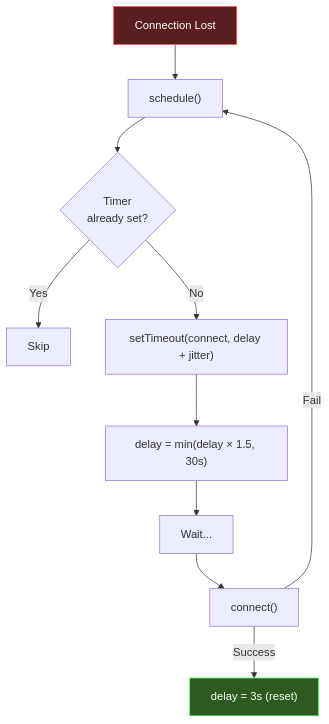
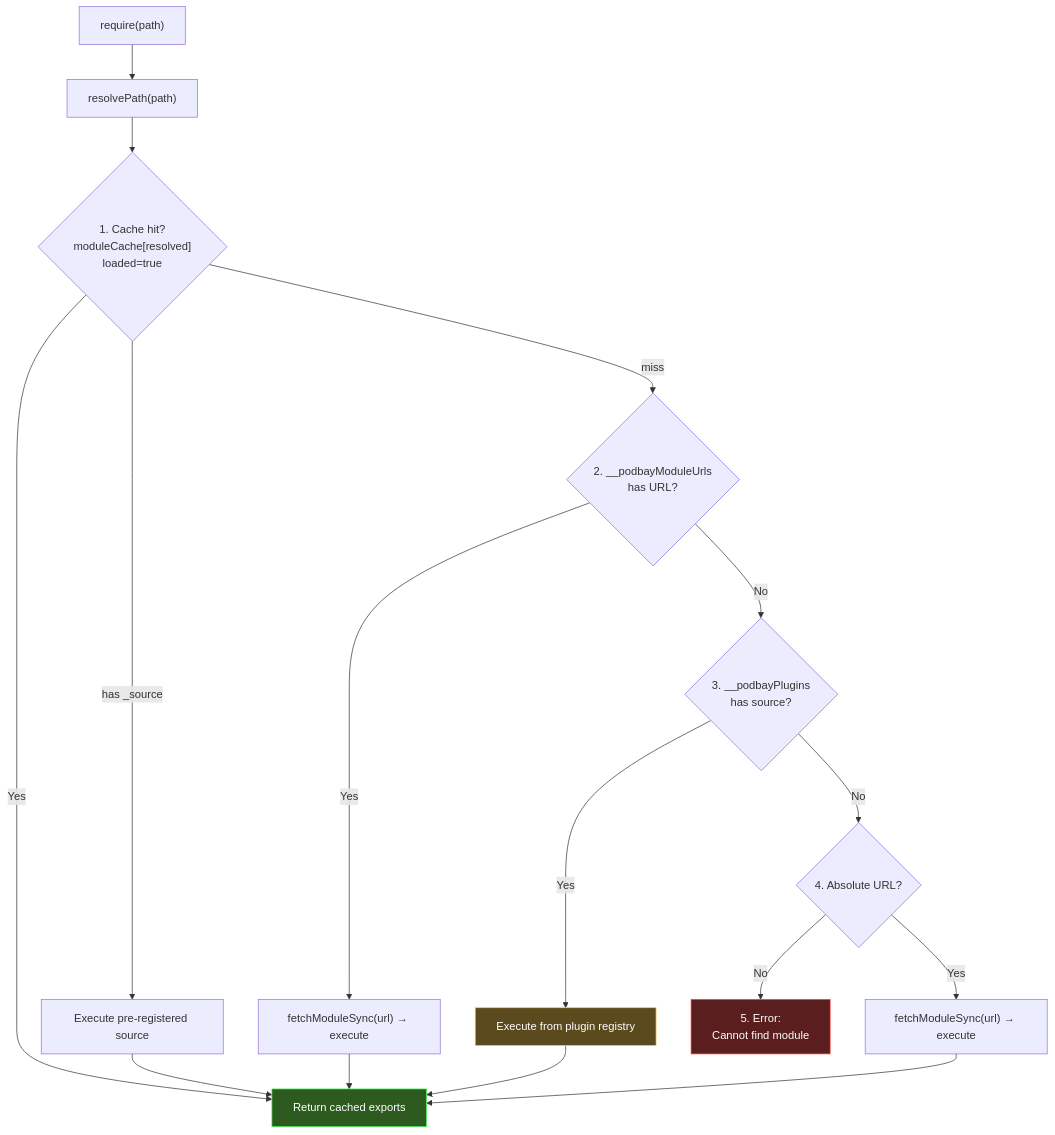
One commit to jerroldneal/podbay changed the third of 9 diagrams in lib/docs/bootstrap.md. Above: the diagram before and after it, drawn with Mermaid. The commit also changed other lines of this file and 110 other files, not shown here.

````diff
--- a/lib/docs/bootstrap.md
+++ b/lib/docs/bootstrap.md
@@ -126,15 +86,23 @@
 ```mermaid
 flowchart TD
-    A[Connection Lost] --> B["schedule()"]
-    B --> C{"Timer<br/>already set?"}
-    C -->|Yes| D[Skip]
-    C -->|No| E["setTimeout(connect, delay + jitter)"]
-    E --> F["delay = min(delay × 1.5, 30s)"]
-    F --> G[Wait...]
-    G --> H["connect()"]
-    H -->|Success| I["delay = 3s (reset)"]
-    H -->|Fail| B
+    A["require(path)"] --> R["resolvePath(path)"]
+    R --> B{"1. Cache hit?<br/>moduleCache[resolved]<br/>loaded=true"}
+    B -->|Yes| R1["Return cached exports"]
+    B -->|"has _source"| C["Execute pre-registered source"]
+    B -->|miss| D{"2. __podbayModuleUrls<br/>has URL?"}
+    D -->|Yes| E["fetchModuleSync(url) → execute"]
+    D -->|No| F{"3. __podbayPlugins<br/>has source?"}
+    F -->|Yes| G["Execute from plugin registry"]
+    F -->|No| H{"4. Absolute URL?"}
+    H -->|Yes| I["fetchModuleSync(url) → execute"]
+    H -->|No| J["5. Error:<br/>Cannot find module"]
 
-    style A fill:#5a1e1e,stroke:#ff4a4a,color:#fff
-    style I fill:#2d5a1e,stroke:#4aff5e,color:#fff
+    C --> R1
+    E --> R1
+    G --> R1
+    I --> R1
+
+    style R1 fill:#2d5a1e,stroke:#4aff5e,color:#fff
+    style J fill:#5a1e1e,stroke:#ff4a4a,color:#fff
+    style G fill:#5a4a1e,stroke:#ffcc4a,color:#fff
 ```
````
